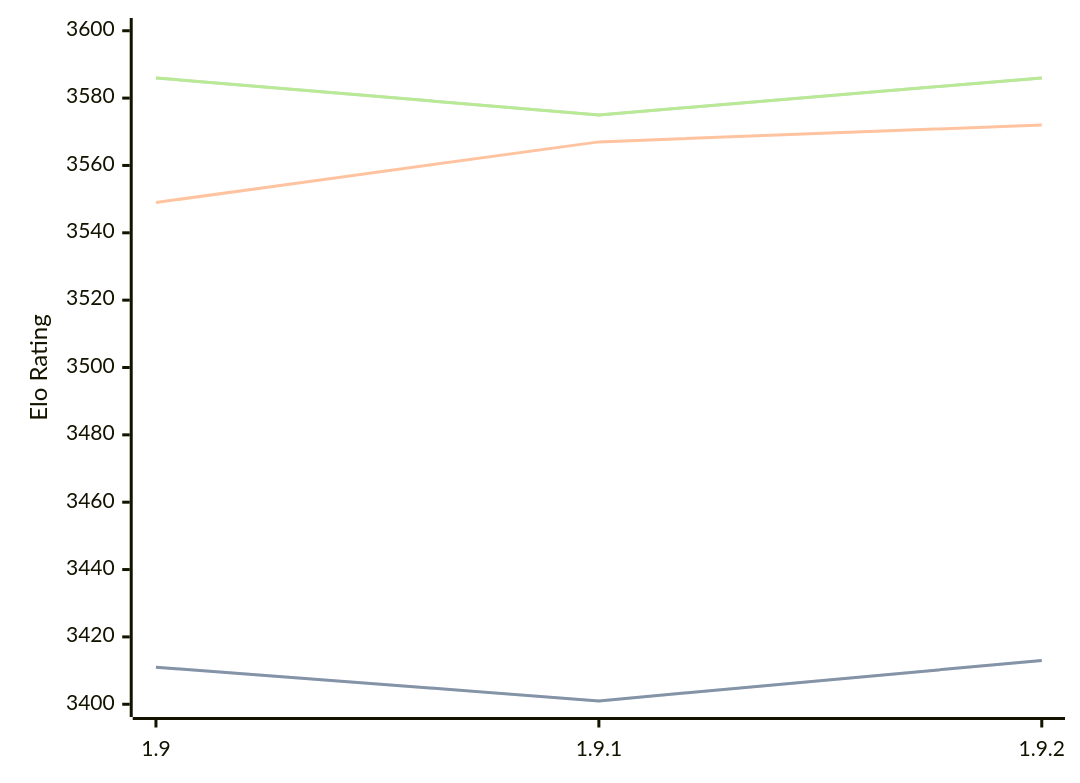
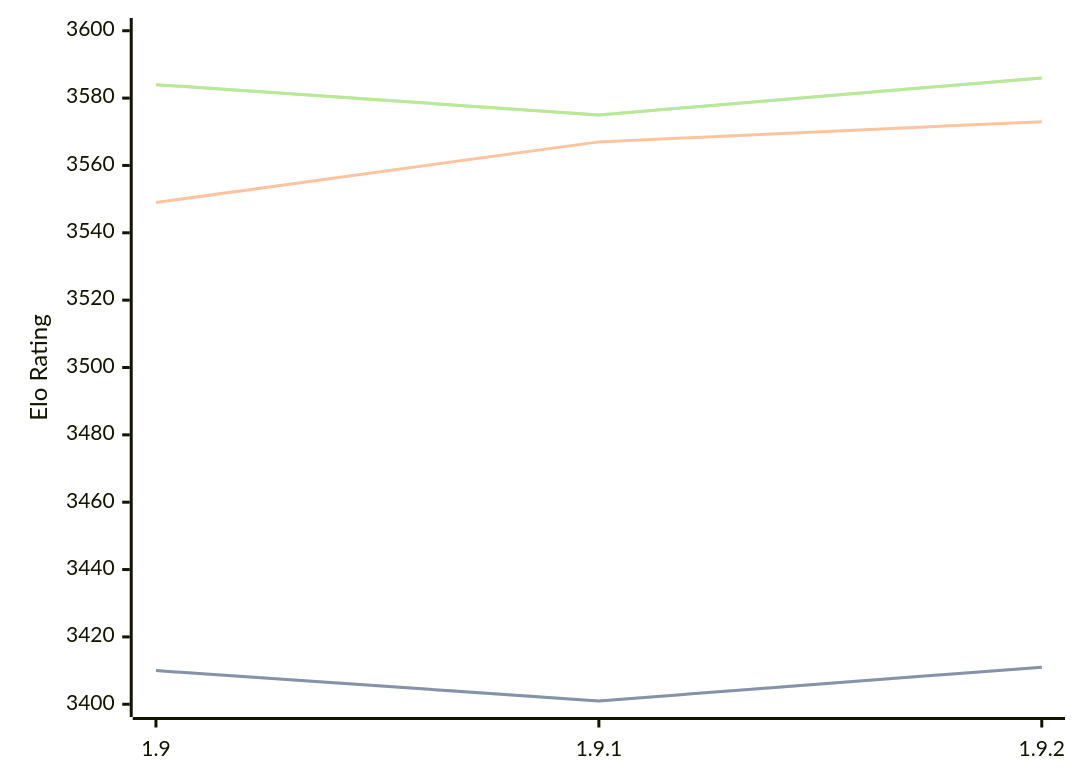
One commit to computer-chess-index/cci changed the diagram in engines/Pawnocchio.md. Above: the diagram before and after it, drawn with Mermaid. The commit also changed other lines of this file, not shown here.

Commit message:
Update CCI Ratings (ELO VLTC) - 2026-04-28

````diff
--- a/engines/Pawnocchio.md
+++ b/engines/Pawnocchio.md
@@ -48,11 +48,11 @@
 ```mermaid
 %%{init: {"theme":"base","themeVariables":{"seriesColors:['#a3a3a3','#222221','#faa371']}}}%%
 xychart-beta
   x-axis ["1.9", "1.9.1", "1.9.2"]
   y-axis "Elo Rating" 3400 --> 3600
-  line "STC (8.0+0.08s)" [3411, 3401, 3413]
-  line "STC (8.0+0.08s)" [3411, 3401, 3413]
-  line "LTC (60.0+0.60s)" [3549, 3567, 3572]
-  line "VLTC (2m24s+1.12s)" [3586, 3575, 3586]
-  line "VLTC (2m24s+1.12s)" [3586, 3575, 3586]
+  line "STC (8.0+0.08s)" [3410, 3401, 3411]
+  line "STC (8.0+0.08s)" [3410, 3401, 3411]
+  line "LTC (60.0+0.60s)" [3549, 3567, 3573]
+  line "VLTC (2m24s+1.12s)" [3584, 3575, 3586]
+  line "VLTC (2m24s+1.12s)" [3584, 3575, 3586]
 ```
````
